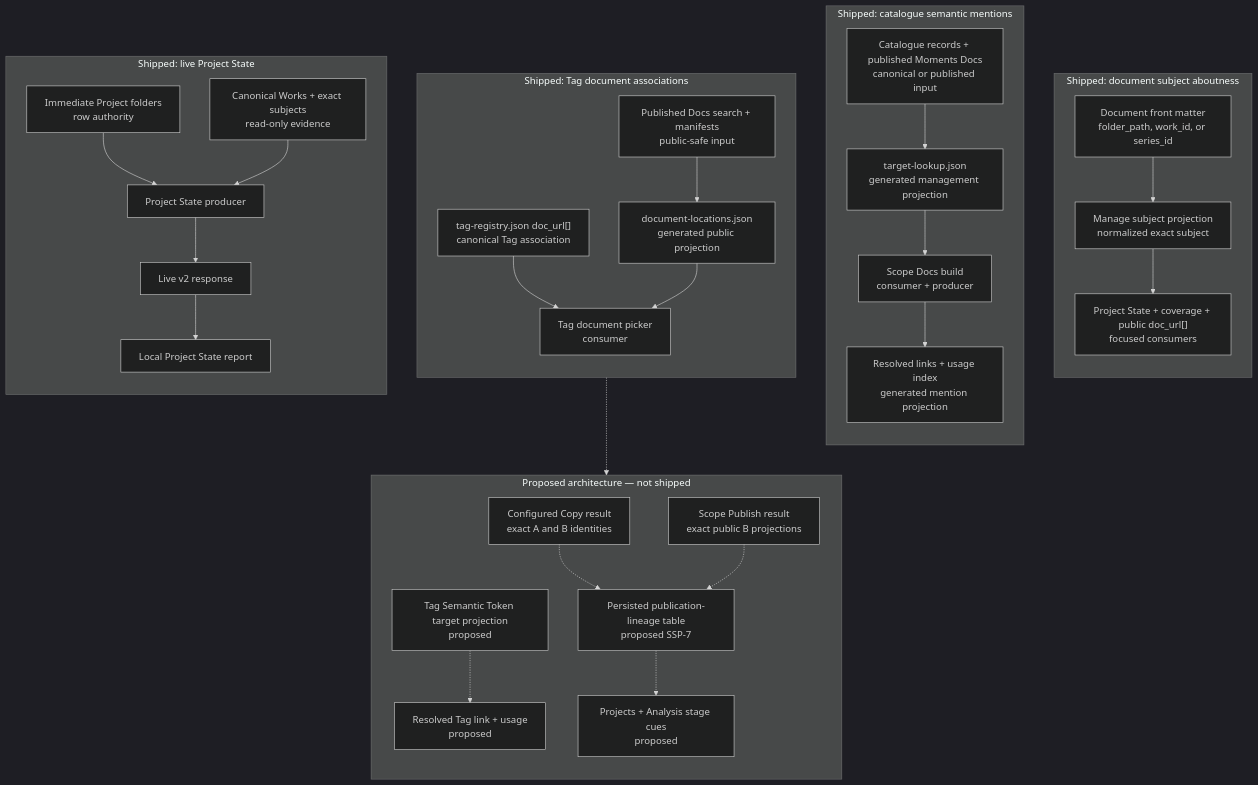
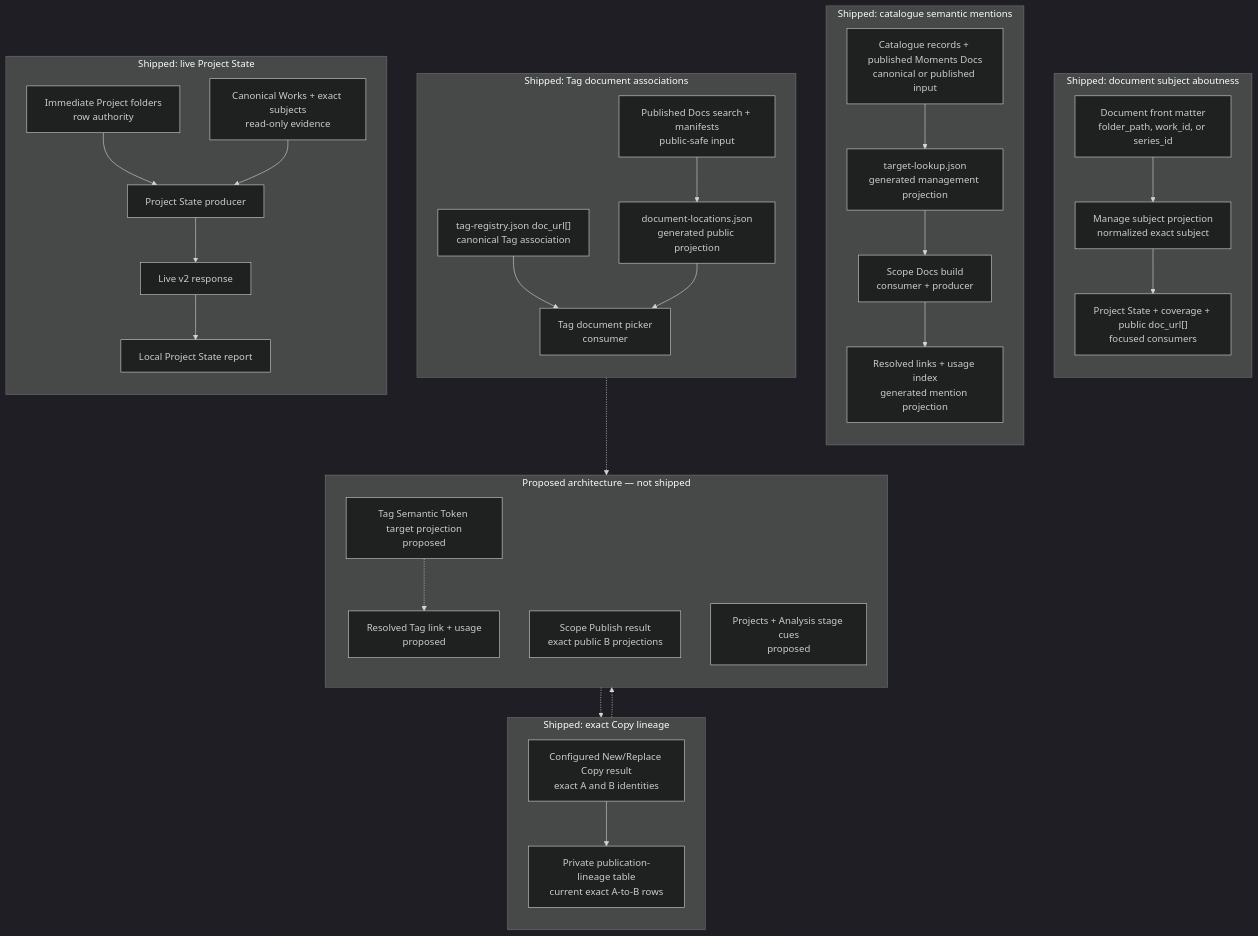
Before and after one commit to dotlineform/dotlineform-site: the diagram in docs-viewer/scopes/studio/source/documents/d-20260802-205912-16bc10.md, drawn with Mermaid (dark theme). The commit also changed other lines of this file and 33 other files, not shown here.

Commit message:
SSP-7.2 — Persist Lineage And Add New/Replace Copy

````diff
--- a/docs-viewer/scopes/studio/source/documents/d-20260802-205912-16bc10.md
+++ b/docs-viewer/scopes/studio/source/documents/d-20260802-205912-16bc10.md
@@ -19,56 +19,60 @@
 ```mermaid
 flowchart TB
     accTitle: Current cross-system relationship projections
-    accDescr: Subject aboutness, semantic mentions, Tag document locations, live Project State reporting, and proposed publication lineage remain separate products with explicit authorities.
+    accDescr: Subject aboutness, semantic mentions, Tag document locations, live Project State reporting, shipped Copy lineage, and proposed public reconciliation remain separate products with explicit authorities.
 
     subgraph subjects["Shipped: document subject aboutness"]
         direction TB
         sourceSubjects["Document front matter<br/>folder_path, work_id, or series_id"]
         subjectProjection["Manage subject projection<br/>normalized exact subject"]
         aboutConsumers["Project State + coverage + public doc_url[]<br/>focused consumers"]
         sourceSubjects --> subjectProjection --> aboutConsumers
     end
 
     subgraph semantic["Shipped: catalogue semantic mentions"]
         direction TB
         catalogue["Catalogue records + published Moments Docs<br/>canonical or published input"]
         targetLookup["target-lookup.json<br/>generated management projection"]
         docsBuild["Scope Docs build<br/>consumer + producer"]
         rendered["Resolved links + usage index<br/>generated mention projection"]
         catalogue --> targetLookup --> docsBuild --> rendered
     end
 
     subgraph tags["Shipped: Tag document associations"]
         direction TB
         registry["tag-registry.json doc_url[]<br/>canonical Tag association"]
         publishedDocs["Published Docs search + manifests<br/>public-safe input"]
         locations["document-locations.json<br/>generated public projection"]
         picker["Tag document picker<br/>consumer"]
         registry --> picker
         publishedDocs --> locations --> picker
     end
 
     subgraph project["Shipped: live Project State"]
         direction TB
         projectFolders["Immediate Project folders<br/>row authority"]
         projectEvidence["Canonical Works + exact subjects<br/>read-only evidence"]
         projectState["Project State producer"]
         projectResponse["Live v2 response"]
         projectReport["Local Project State report"]
         projectFolders --> projectState
         projectEvidence --> projectState --> projectResponse --> projectReport
     end
 
+    subgraph copyLineage["Shipped: exact Copy lineage"]
+        direction TB
+        copyResult["Configured New/Replace Copy result<br/>exact A and B identities"]
+        publicationLineage["Private publication-lineage table<br/>current exact A-to-B rows"]
+        copyResult --> publicationLineage
+    end
+
     subgraph proposed["Proposed architecture — not shipped"]
         direction TB
         tagTokens["Tag Semantic Token target projection<br/>proposed"]
         tagOutput["Resolved Tag link + usage<br/>proposed"]
-        copyResult["Configured Copy result<br/>exact A and B identities"]
         publishResult["Scope Publish result<br/>exact public B projections"]
-        publicationLineage["Persisted publication-lineage table<br/>proposed SSP-7"]
         publicationCues["Projects + Analysis stage cues<br/>proposed"]
         registry -.-> tagTokens -.-> tagOutput
-        copyResult -.-> publicationLineage
         publishResult -.-> publicationLineage -.-> publicationCues
     end
 ```
````
